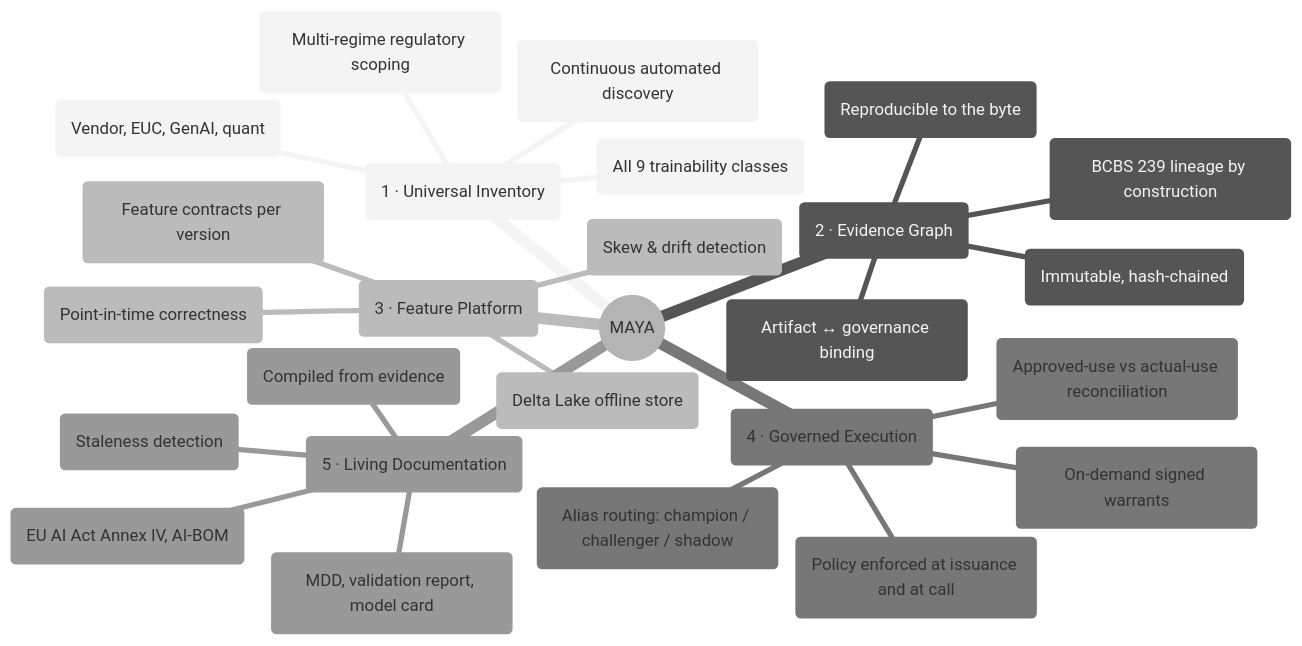
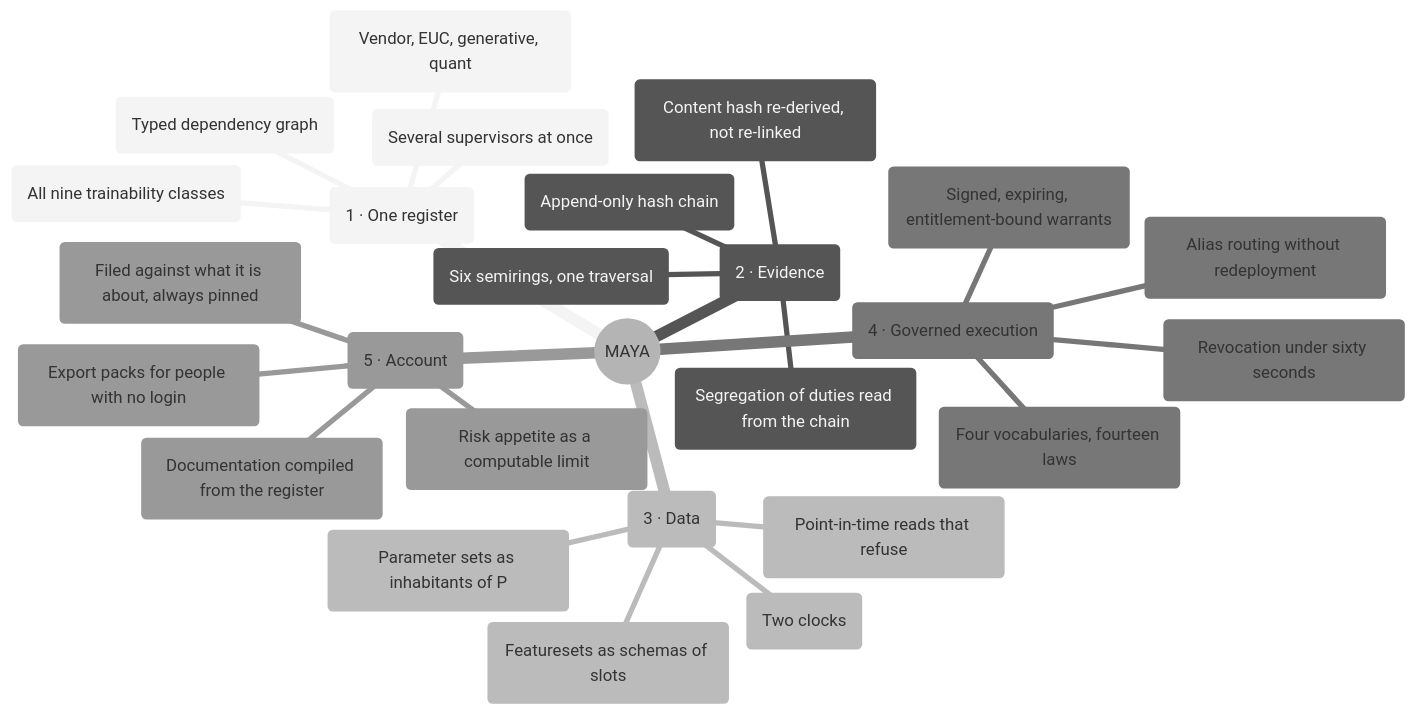
Before and after one commit to ajsinha/maya: the first of 3 diagrams in docs/03-requirements.md, drawn with Mermaid (neutral theme). The commit also changed other lines of this file and 37 other files, not shown here.

````diff
--- a/docs/03-requirements.md
+++ b/docs/03-requirements.md
@@ -85,29 +141,29 @@
 ```mermaid
 mindmap
   root(("MAYA"))
-    ("1 · Universal Inventory")
-      ("All 9 trainability classes")
-      ("Vendor, EUC, GenAI, quant")
-      ("Multi-regime regulatory scoping")
-      ("Continuous automated discovery")
-    ("2 · Evidence Graph")
-      ("Immutable, hash-chained")
-      ("Artifact ↔ governance binding")
-      ("Reproducible to the byte")
-      ("BCBS 239 lineage by construction")
-    ("3 · Feature Platform")
-      ("Delta Lake offline store")
-      ("Point-in-time correctness")
-      ("Feature contracts per version")
-      ("Skew & drift detection")
-    ("4 · Governed Execution")
-      ("On-demand signed warrants")
-      ("Alias routing: champion / challenger / shadow")
-      ("Policy enforced at issuance and at call")
-      ("Approved-use vs actual-use reconciliation")
-    ("5 · Living Documentation")
-      ("Compiled from evidence")
-      ("MDD, validation report, model card")
-      ("EU AI Act Annex IV, AI-BOM")
-      ("Staleness detection")
+    ("1 · One register")
+      ("All nine trainability classes")
+      ("Vendor, EUC, generative, quant")
+      ("Several supervisors at once")
+      ("Typed dependency graph")
+    ("2 · Evidence")
+      ("Append-only hash chain")
+      ("Content hash re-derived, not re-linked")
+      ("Six semirings, one traversal")
+      ("Segregation of duties read from the chain")
+    ("3 · Data")
+      ("Two clocks")
+      ("Point-in-time reads that refuse")
+      ("Featuresets as schemas of slots")
+      ("Parameter sets as inhabitants of P")
+    ("4 · Governed execution")
+      ("Signed, expiring, entitlement-bound warrants")
+      ("Four vocabularies, fourteen laws")
+      ("Alias routing without redeployment")
+      ("Revocation under sixty seconds")
+    ("5 · Account")
+      ("Documentation compiled from the register")
+      ("Filed against what it is about, always pinned")
+      ("Risk appetite as a computable limit")
+      ("Export packs for people with no login")
 ```
````
